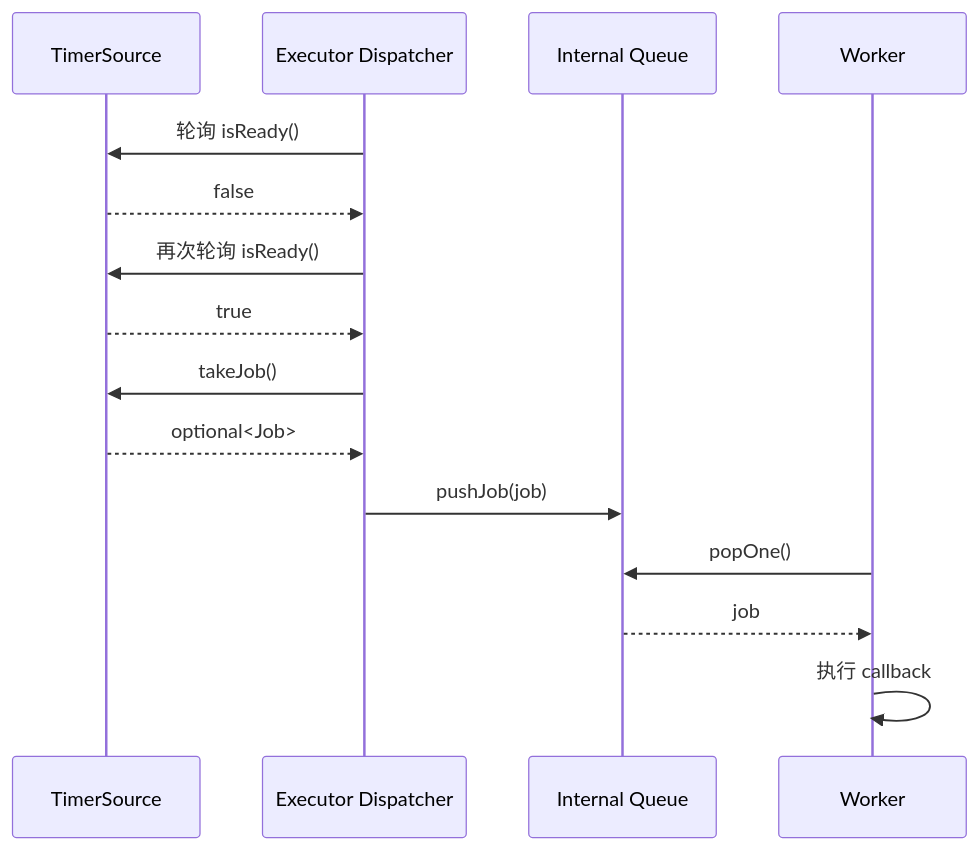
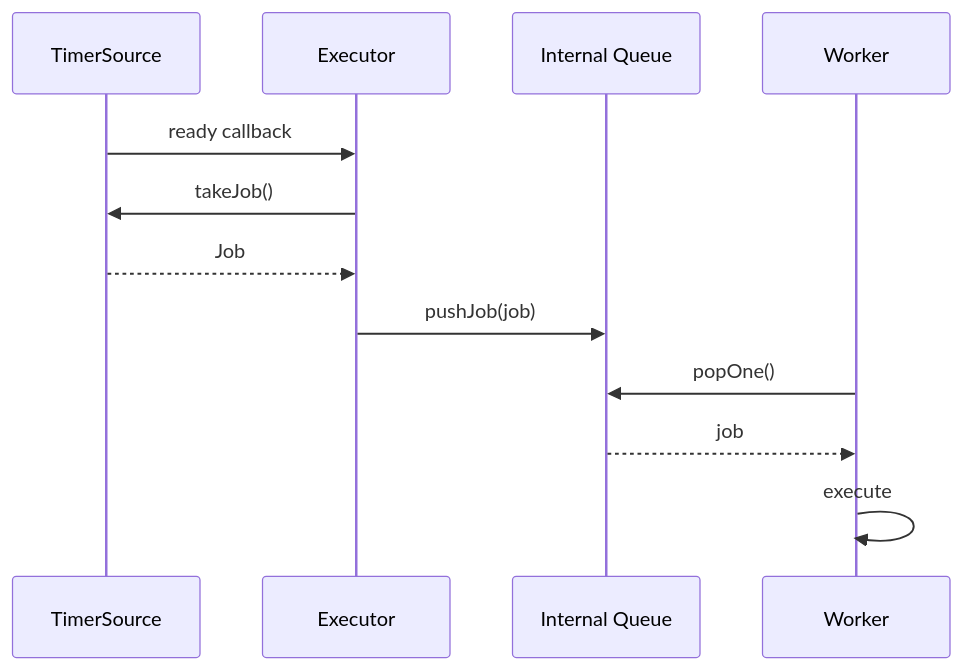
One commit to yangda75/jobq changed the fourth of 4 diagrams in README.md. Above: the diagram before and after it, drawn with Mermaid. The commit also changed other lines of this file, not shown here.

````diff
--- a/README.md
+++ b/README.md
@@ -109,18 +155,15 @@
 ```mermaid
 sequenceDiagram
     participant TS as TimerSource
-    participant EX as Executor Dispatcher
+    participant EX as Executor
     participant Q as Internal Queue
     participant WK as Worker
 
-    EX->>TS: 轮询 isReady()
-    TS-->>EX: false
-    EX->>TS: 再次轮询 isReady()
-    TS-->>EX: true
+    TS->>EX: ready callback
     EX->>TS: takeJob()
-    TS-->>EX: optional<Job>
+    TS-->>EX: Job
     EX->>Q: pushJob(job)
     WK->>Q: popOne()
     Q-->>WK: job
-    WK->>WK: 执行 callback
+    WK->>WK: execute
 ```
````
